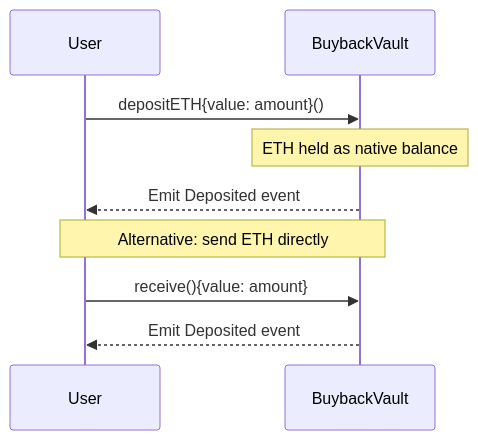
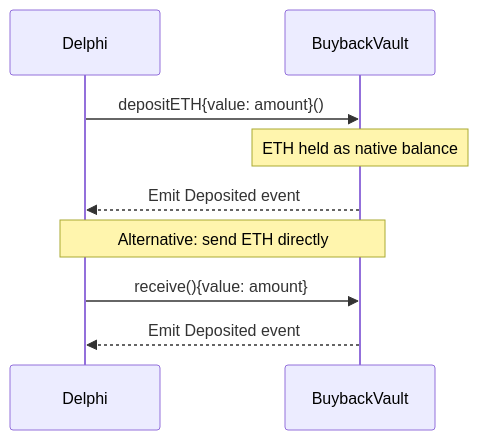
The third of 8 diagrams in docs/DESIGN.md (gensyn-network/gensyn-buyback), drawn with Mermaid before and after one commit. The commit also changed other lines of this file, not shown here.

Commit message:
doc: update sequence diagrams to specify Delphi as the user participant

````diff
--- a/docs/DESIGN.md
+++ b/docs/DESIGN.md
@@ -81,13 +81,13 @@
 ```mermaid
 sequenceDiagram
-    participant User
+    participant User as Delphi
     participant Vault as BuybackVault
 
     User->>Vault: depositETH{value: amount}()
     Note over Vault: ETH held as native balance
     Vault-->>User: Emit Deposited event
 
     Note over User,Vault: Alternative: send ETH directly
     User->>Vault: receive(){value: amount}
     Vault-->>User: Emit Deposited event
 ```
````
